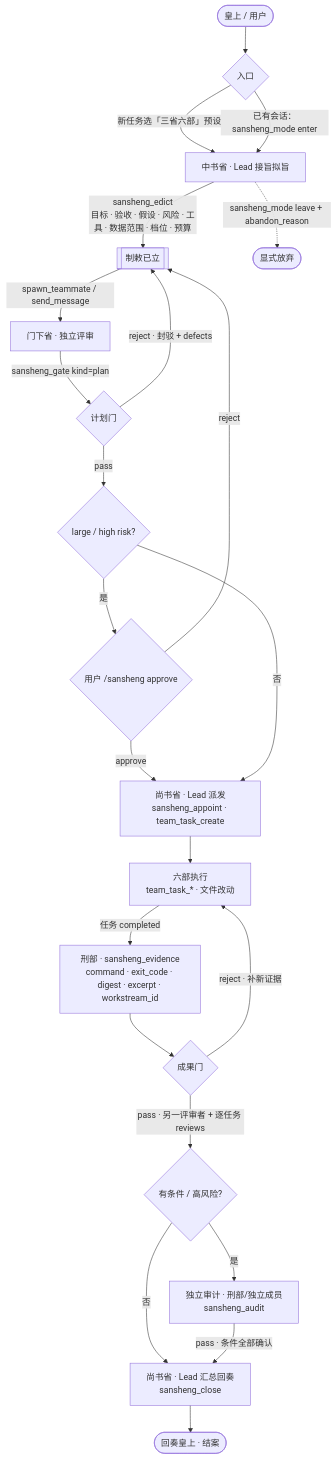
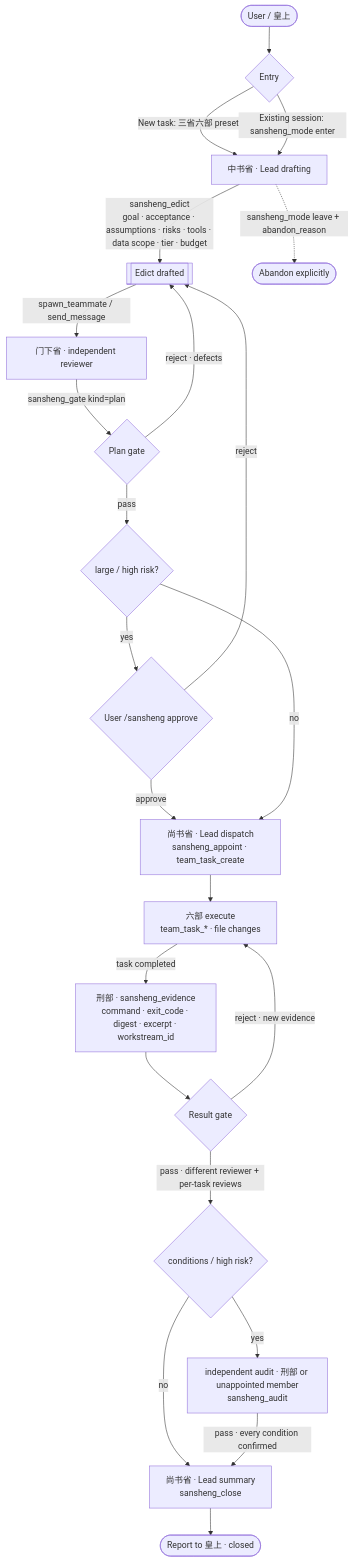
Before and after one commit to matcha-cult/dsh-experimental-sansheng: the diagram in README.md, drawn with Mermaid. The commit also changed other lines of this file and 6 other files, not shown here.

````diff
--- a/README.md
+++ b/README.md
@@ -168,25 +145,25 @@
 ```mermaid
 flowchart TD
-    U(["皇上 / 用户"]) --> ENTRY{"入口"}
-    ENTRY -->|"新任务选「三省六部」预设"| ZS["中书省 · Lead 接旨拟旨"]
-    ENTRY -->|"已有会话：sansheng_mode enter"| ZS
-    ZS -->|"sansheng_edict<br/>目标 · 验收 · 假设 · 风险 · 工具 · 数据范围 · 档位 · 预算"| EDICT[["制敕已立"]]
-    EDICT -->|"spawn_teammate / send_message"| REVIEW["门下省 · 独立评审"]
-    REVIEW -->|"sansheng_gate kind=plan"| PG{"计划门"}
-    PG -->|"reject · 封驳 + defects"| EDICT
+    U(["User / 皇上"]) --> ENTRY{"Entry"}
+    ENTRY -->|"New task: 三省六部 preset"| ZS["中书省 · Lead drafting"]
+    ENTRY -->|"Existing session: sansheng_mode enter"| ZS
+    ZS -->|"sansheng_edict<br/>goal · acceptance · assumptions · risks · tools · data scope · tier · budget"| EDICT[["Edict drafted"]]
+    EDICT -->|"spawn_teammate / send_message"| REVIEW["门下省 · independent reviewer"]
+    REVIEW -->|"sansheng_gate kind=plan"| PG{"Plan gate"}
+    PG -->|"reject · defects"| EDICT
     PG -->|"pass"| LARGE{"large / high risk?"}
-    LARGE -->|"是"| HUMAN{"用户 /sansheng approve"}
+    LARGE -->|"yes"| HUMAN{"User /sansheng approve"}
     HUMAN -->|"reject"| EDICT
-    HUMAN -->|"approve"| SS["尚书省 · Lead 派发<br/>sansheng_appoint · team_task_create"]
-    LARGE -->|"否"| SS
-    SS --> EXEC["六部执行<br/>team_task_* · 文件改动"]
-    EXEC -->|"任务 completed"| EVID["刑部 · sansheng_evidence<br/>command · exit_code · digest · excerpt · workstream_id"]
-    EVID --> RG{"成果门"}
-    RG -->|"reject · 补新证据"| EXEC
-    RG -->|"pass · 另一评审者 + 逐任务 reviews"| COND{"有条件 / 高风险?"}
-    COND -->|"是"| AUDIT["独立审计 · 刑部/独立成员<br/>sansheng_audit"]
-    COND -->|"否"| CLOSE["尚书省 · Lead 汇总回奏<br/>sansheng_close"]
-    AUDIT -->|"pass · 条件全部确认"| CLOSE
-    CLOSE --> DONE(["回奏皇上 · 结案"])
-    ZS -.->|"sansheng_mode leave + abandon_reason"| ABANDON(["显式放弃"])
+    HUMAN -->|"approve"| SS["尚书省 · Lead dispatch<br/>sansheng_appoint · team_task_create"]
+    LARGE -->|"no"| SS
+    SS --> EXEC["六部 execute<br/>team_task_* · file changes"]
+    EXEC -->|"task completed"| EVID["刑部 · sansheng_evidence<br/>command · exit_code · digest · excerpt · workstream_id"]
+    EVID --> RG{"Result gate"}
+    RG -->|"reject · new evidence"| EXEC
+    RG -->|"pass · different reviewer + per-task reviews"| COND{"conditions / high risk?"}
+    COND -->|"yes"| AUDIT["independent audit · 刑部 or unappointed member<br/>sansheng_audit"]
+    COND -->|"no"| CLOSE["尚书省 · Lead summary<br/>sansheng_close"]
+    AUDIT -->|"pass · every condition confirmed"| CLOSE
+    CLOSE --> DONE(["Report to 皇上 · closed"])
+    ZS -.->|"sansheng_mode leave + abandon_reason"| ABANDON(["Abandon explicitly"])
 ```
````
